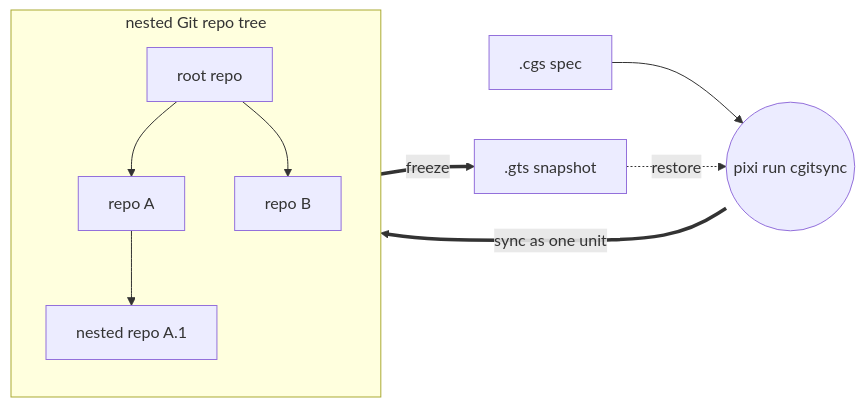
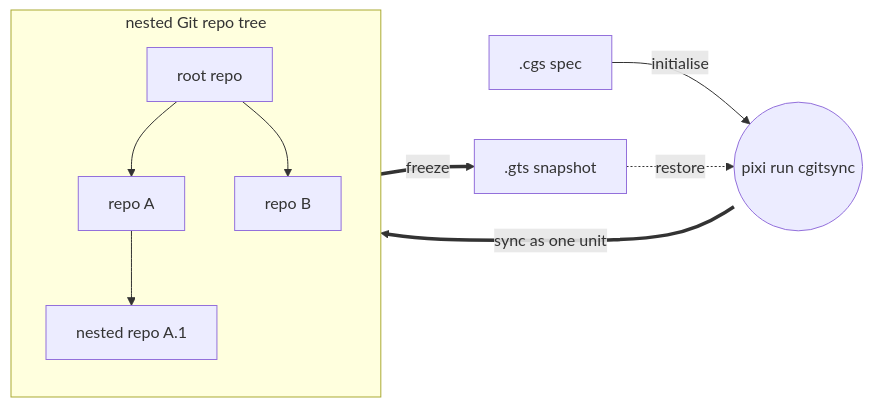
One commit to flipoyo/ComplexGitSync changed the first of 2 diagrams in README.md. Above: the diagram before and after it, drawn with Mermaid. The commit also changed other lines of this file and 4 other files, not shown here.

````diff
--- a/README.md
+++ b/README.md
@@ -10,15 +26,15 @@
 ```mermaid
 flowchart LR
-    CGS[".cgs spec"] --> CLI(("pixi run cgitsync"))
+    CGS[".cgs spec"] -->|initialise| CLI(("pixi run cgitsync"))
     GTS[".gts snapshot"] -.->|restore| CLI
 
     subgraph TREE["nested Git repo tree"]
         direction TB
         Root["root repo"] --> A["repo A"]
         Root --> B["repo B"]
         A --> A1["nested repo A.1"]
     end
 
     CLI ==>|sync as one unit| TREE
     TREE ==>|freeze| GTS
 ```
````
